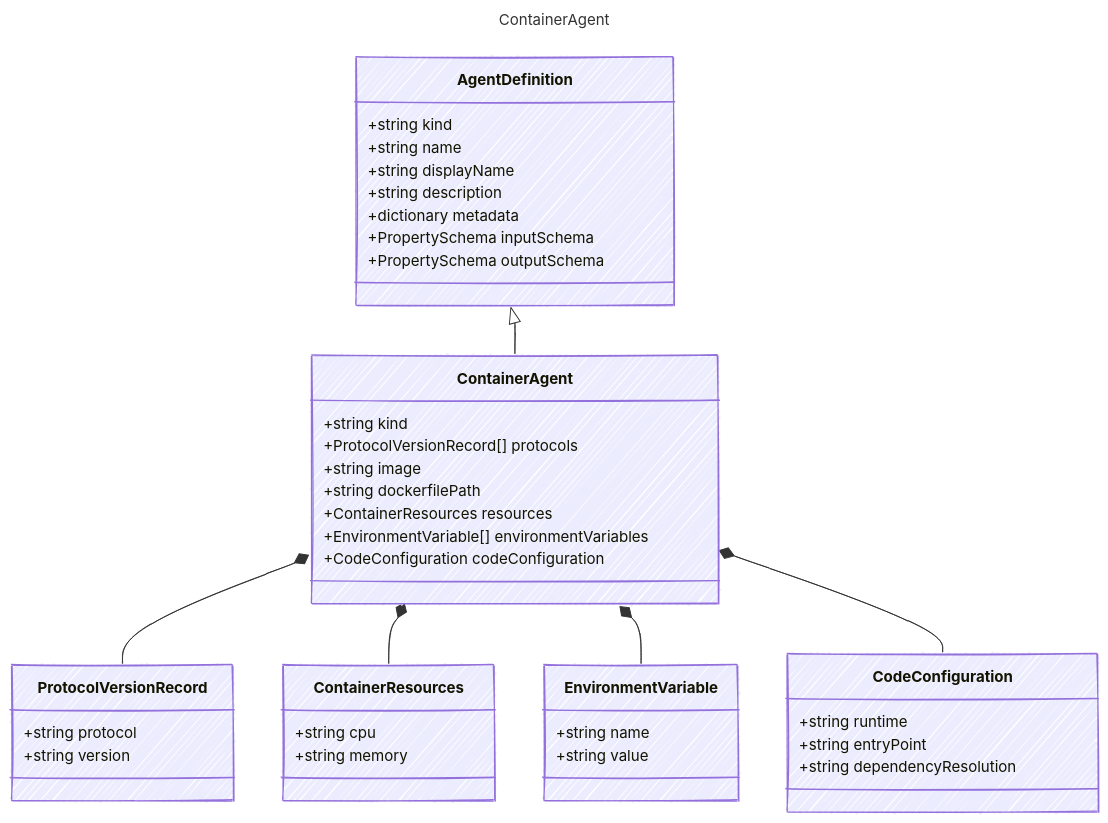
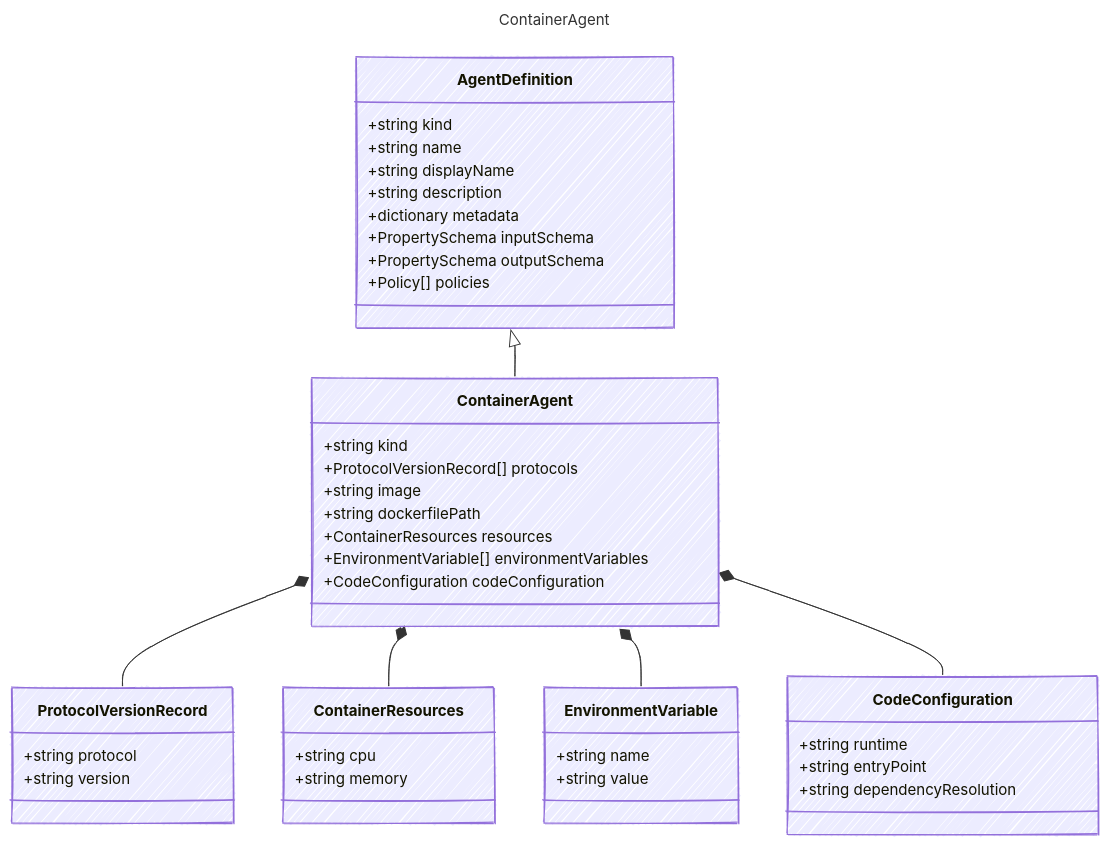
One commit to microsoft/AgentSchema changed the diagram in docs/src/content/docs/reference/ContainerAgent.md. Above: the diagram before and after it, drawn with Mermaid. The commit also changed 35 other files, not shown here.

````diff
--- a/docs/src/content/docs/reference/ContainerAgent.md
+++ b/docs/src/content/docs/reference/ContainerAgent.md
@@ -13,52 +13,53 @@
 ```mermaid
 ---
 title: ContainerAgent
 config:
   look: handDrawn
   theme: colorful
   class:
     hideEmptyMembersBox: true
 ---
 classDiagram
     class AgentDefinition {
         +string kind
         +string name
         +string displayName
         +string description
         +dictionary metadata
         +PropertySchema inputSchema
         +PropertySchema outputSchema
+        +Policy[] policies
     }
     AgentDefinition <|-- ContainerAgent
     class ContainerAgent {
       
         +string kind
         +ProtocolVersionRecord[] protocols
         +string image
         +string dockerfilePath
         +ContainerResources resources
         +EnvironmentVariable[] environmentVariables
         +CodeConfiguration codeConfiguration
     }
     class ProtocolVersionRecord {
         +string protocol
         +string version
     }
     ContainerAgent *-- ProtocolVersionRecord
     class ContainerResources {
         +string cpu
         +string memory
     }
     ContainerAgent *-- ContainerResources
     class EnvironmentVariable {
         +string name
         +string value
     }
     ContainerAgent *-- EnvironmentVariable
     class CodeConfiguration {
         +string runtime
         +string entryPoint
         +string dependencyResolution
     }
     ContainerAgent *-- CodeConfiguration
 ```
````
